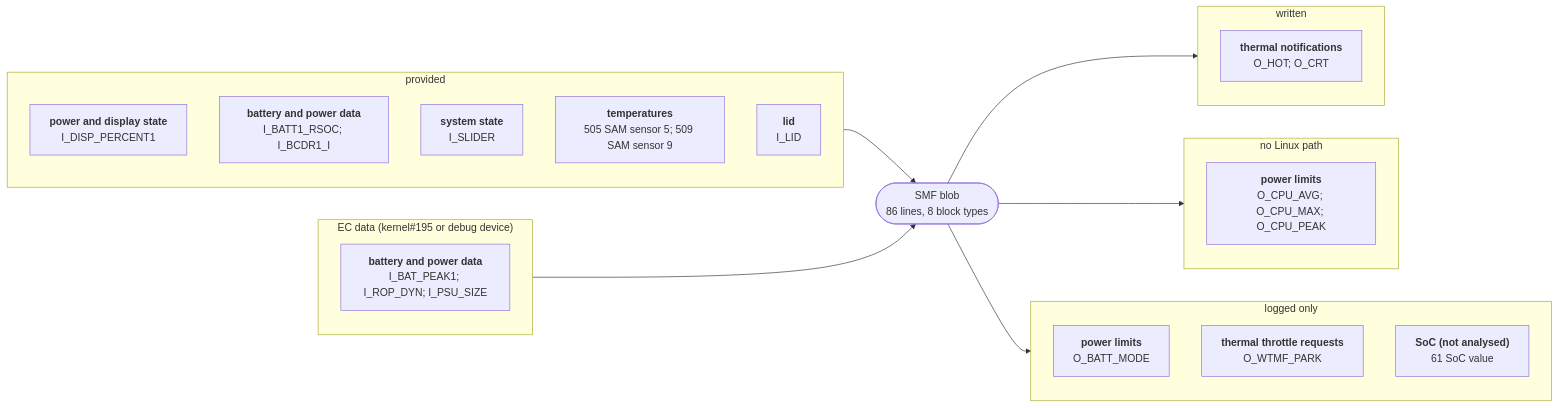
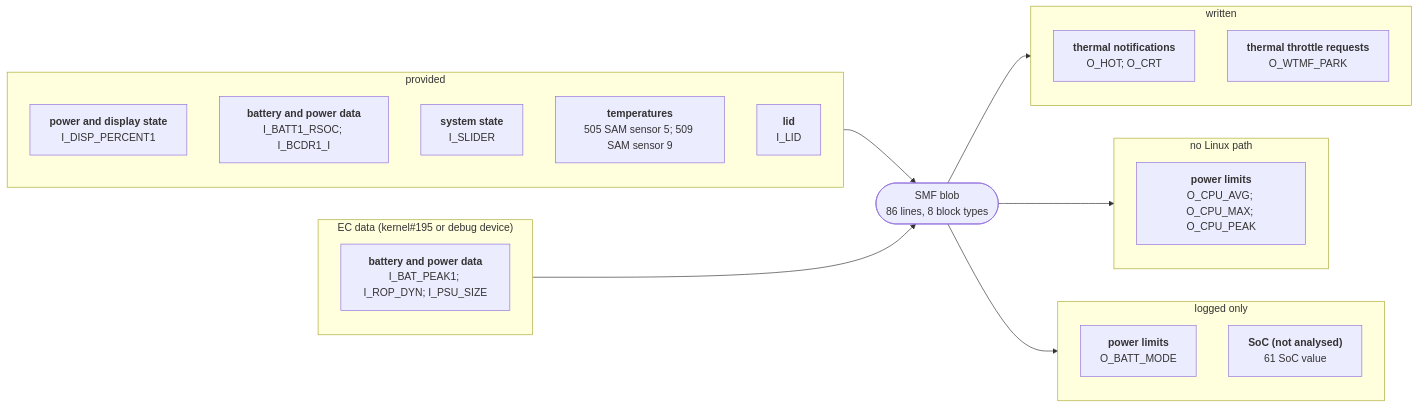
One commit to larsschellhas/linux-surface-power changed the diagram in docs/devices/surface-laptop-4-amd.md. Above: the diagram before and after it, drawn with Mermaid. The commit also changed other lines of this file and 36 other files, not shown here.

First line of the commit message:
Throttle requests through cpufreq/GPU caps; fan and charging outputs analysed

````diff
--- a/docs/devices/surface-laptop-4-amd.md
+++ b/docs/devices/surface-laptop-4-amd.md
@@ -20,30 +20,30 @@
 ```mermaid
 flowchart LR
     subgraph IN0["provided"]
         I0_1FB53D4C["<b>power and display state</b><br/>I_DISP_PERCENT1"]
         I0_28B7BD85["<b>battery and power data</b><br/>I_BATT1_RSOC; I_BCDR1_I"]
         I0_2DD6960F["<b>system state</b><br/>I_SLIDER"]
         I0_2E8B14C2["<b>temperatures</b><br/>505 SAM sensor 5; 509 SAM sensor 9"]
         I0_5D0EE597["<b>lid</b><br/>I_LID"]
     end
     IN0 --> B
     subgraph IN1["EC data (kernel#195 or debug device)"]
         I1_28B7BD85["<b>battery and power data</b><br/>I_BAT_PEAK1; I_ROP_DYN; I_PSU_SIZE"]
     end
     IN1 --> B
     B(["SMF blob<br/>86 lines, 8 block types"])
     subgraph OUT0["written"]
         O0_110DF2A4["<b>thermal notifications</b><br/>O_HOT; O_CRT"]
+        O0_9BBB8910["<b>thermal throttle requests</b><br/>O_WTMF_PARK"]
     end
     B --> OUT0
     subgraph OUT1["no Linux path"]
         O1_0B7B5350["<b>power limits</b><br/>O_CPU_AVG; O_CPU_MAX; O_CPU_PEAK"]
     end
     B --> OUT1
     subgraph OUT2["logged only"]
         O2_0B7B5350["<b>power limits</b><br/>O_BATT_MODE"]
-        O2_9BBB8910["<b>thermal throttle requests</b><br/>O_WTMF_PARK"]
         O2_CF2F6076["<b>SoC (not analysed)</b><br/>61 SoC value"]
     end
     B --> OUT2
 ```
````
